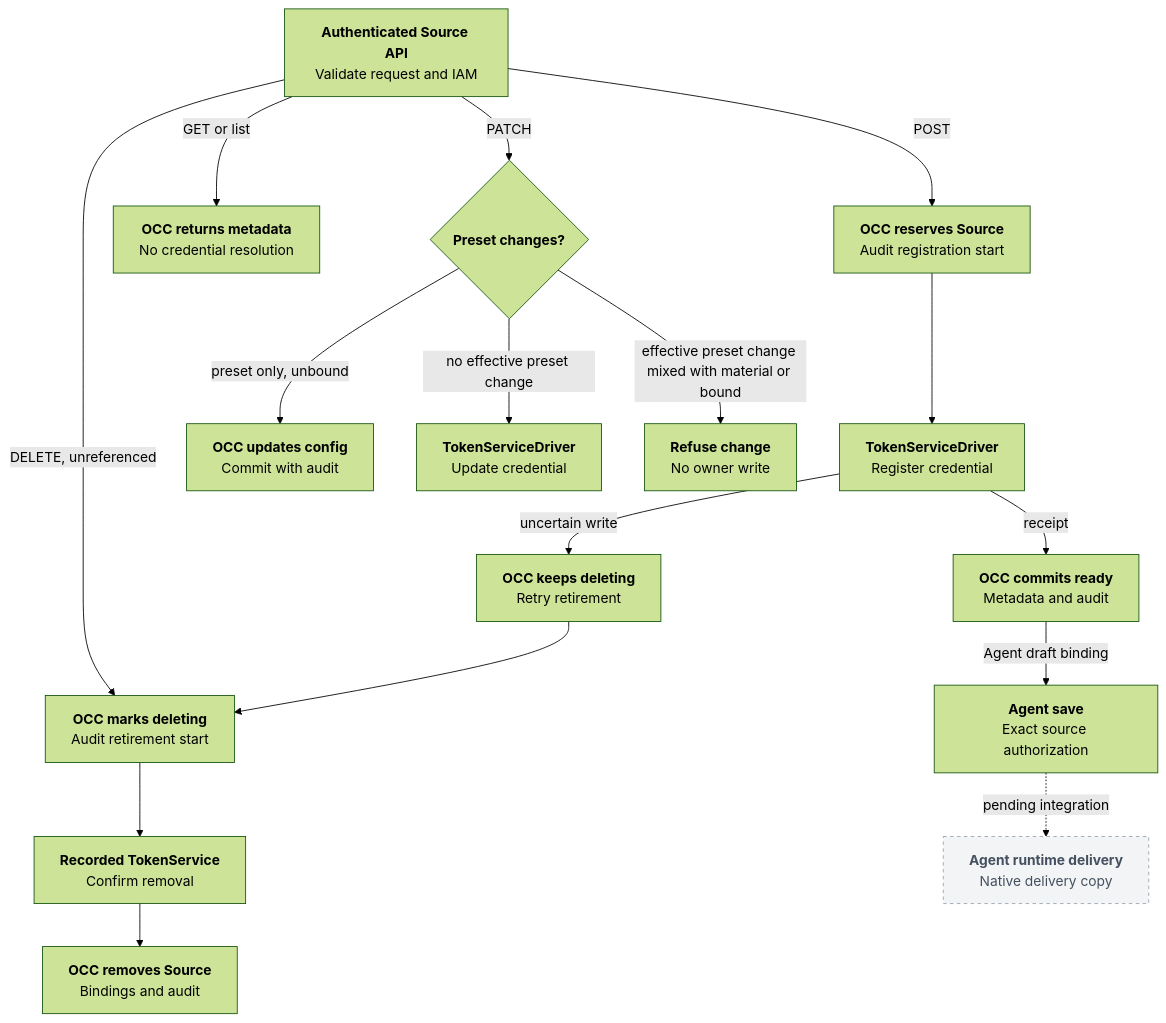
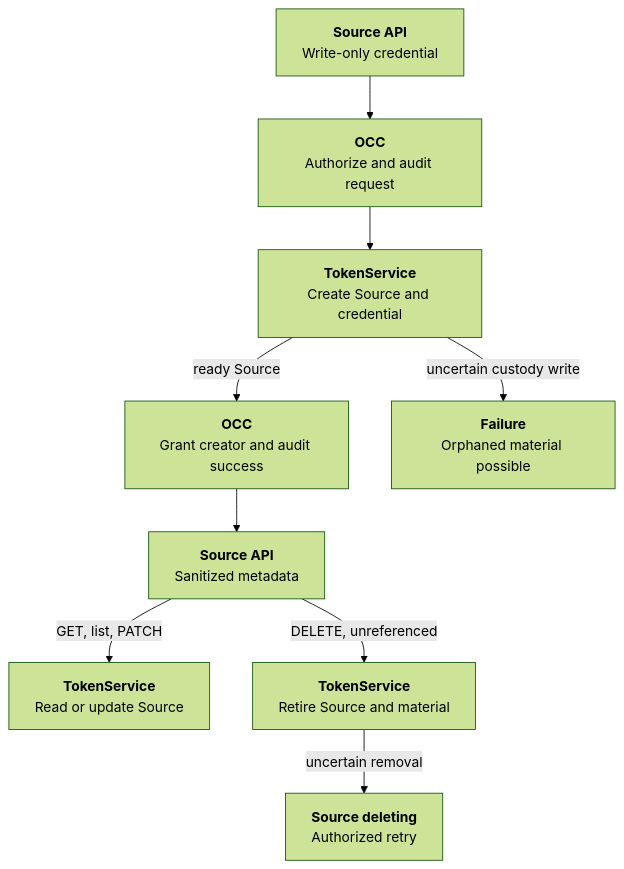
The diagram in docs/flows/token-service-static-custody.md (openclaw/openclaw-enterprise), drawn with Mermaid (forest theme) before and after one commit. The commit also changed other lines of this file and 33 other files, not shown here.

Commit message:
Let TokenService create and own credential sources

````diff
--- a/docs/flows/token-service-static-custody.md
+++ b/docs/flows/token-service-static-custody.md
@@ -33,20 +24,11 @@
 ```mermaid
 graph TD
-  A["<b>Authenticated Source API</b><br/>Validate request and IAM"] -->|POST| B["<b>OCC reserves Source</b><br/>Audit registration start"]
-  B --> C["<b>TokenServiceDriver</b><br/>Register credential"]
-  C -->|receipt| D["<b>OCC commits ready</b><br/>Metadata and audit"]
-  C -->|uncertain write| E["<b>OCC keeps deleting</b><br/>Retry retirement"]
-  A -->|GET or list| F["<b>OCC returns metadata</b><br/>No credential resolution"]
-  A -->|PATCH| H{"<b>Preset changes?</b>"}
-  H -->|preset only, unbound| I["<b>OCC updates config</b><br/>Commit with audit"]
-  H -->|no effective preset change| J["<b>TokenServiceDriver</b><br/>Update credential"]
-  H -->|effective preset change mixed with material or bound| X["<b>Refuse change</b><br/>No owner write"]
-  A -->|DELETE, unreferenced| L["<b>OCC marks deleting</b><br/>Audit retirement start"]
-  E --> L
-  L --> M["<b>Recorded TokenService</b><br/>Confirm removal"]
-  M --> N["<b>OCC removes Source</b><br/>Bindings and audit"]
-  D -->|Agent draft binding| O["<b>Agent save</b><br/>Exact source authorization"]
-  O -. pending integration .-> P["<b>Agent runtime delivery</b><br/>Native delivery copy"]
-  classDef pending fill:#F3F4F6,stroke:#98A2AE,color:#44505F,stroke-dasharray:4 4
-  class P pending
+  A["<b>Source API</b><br/>Write-only credential"] --> B["<b>OCC</b><br/>Authorize and audit request"]
+  B --> C["<b>TokenService</b><br/>Create Source and credential"]
+  C -->|ready Source| D["<b>OCC</b><br/>Grant creator and audit success"]
+  C -->|uncertain custody write| E["<b>Failure</b><br/>Orphaned material possible"]
+  D --> F["<b>Source API</b><br/>Sanitized metadata"]
+  F -->|GET, list, PATCH| G["<b>TokenService</b><br/>Read or update Source"]
+  F -->|DELETE, unreferenced| H["<b>TokenService</b><br/>Retire Source and material"]
+  H -->|uncertain removal| I["<b>Source deleting</b><br/>Authorized retry"]
 ```
````
